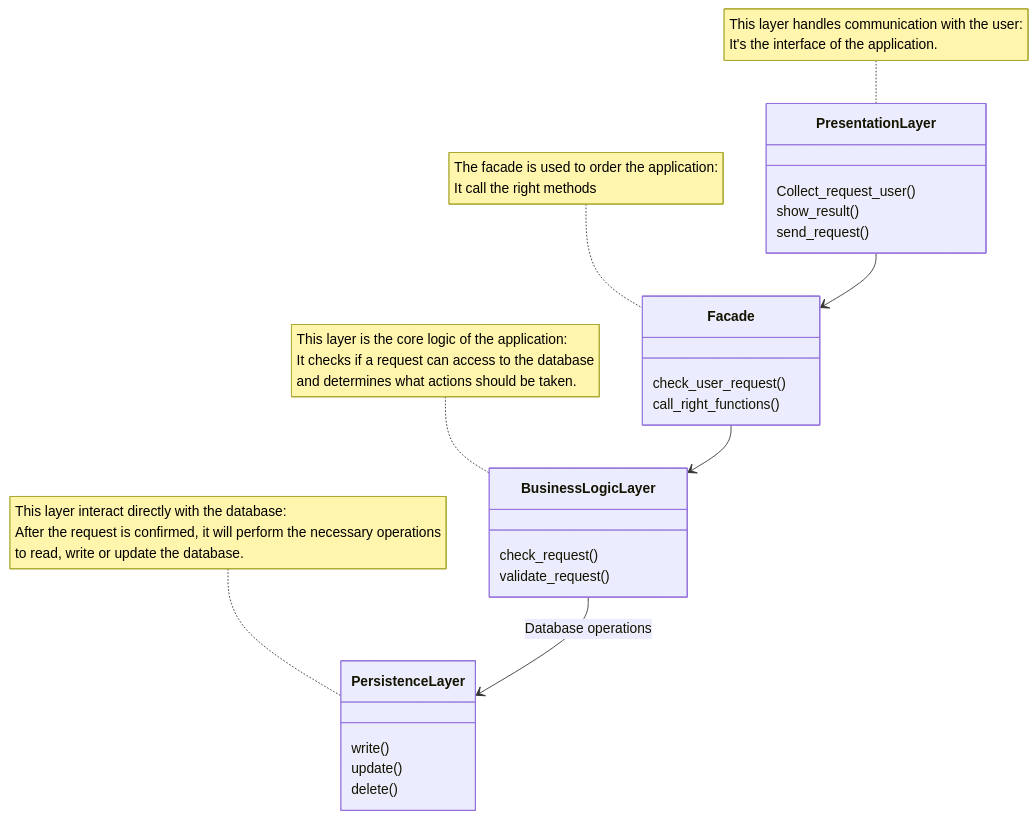
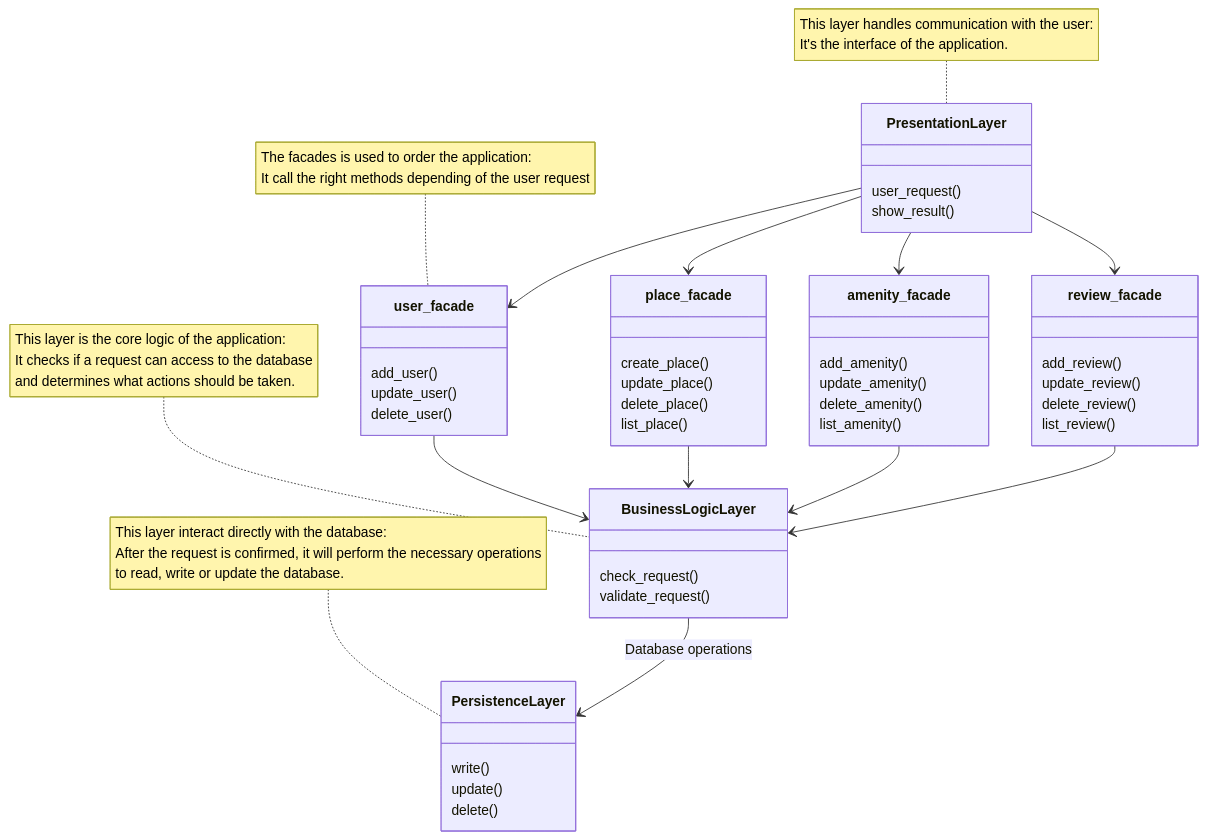
The diagram in part1/High-Level_Package_Diagram.mermaid (EnzoMessaoudi/holbertonschool-hbnb), drawn with Mermaid before and after one commit.

Commit message:
ADD the facades of the requests

```diff
--- a/part1/High-Level_Package_Diagram.mermaid
+++ b/part1/High-Level_Package_Diagram.mermaid
@@ -1,41 +1,65 @@
 classDiagram
 
 class PresentationLayer {
-    Collect_request_user()
+    user_request()
     show_result()
-    send_request()
 }
 
-class Facade {
-    check_user_request()
-    call_right_functions()
+class user_facade {
+    add_user()
+    update_user()
+    delete_user()
+}
+class place_facade{
+    create_place()
+    update_place()
+    delete_place()
+    list_place()
+}
+class review_facade{
+    add_review()
+    update_review()
+    delete_review()
+    list_review()
+}
+class amenity_facade{
+    add_amenity()
+    update_amenity()
+    delete_amenity()
+    list_amenity()
 }
 
 class BusinessLogicLayer {
     check_request()
     validate_request()
 }
 
 class PersistenceLayer {
     write()
     update()
     delete()
 }
 
-PresentationLayer --> Facade
-Facade --> BusinessLogicLayer
+PresentationLayer --> user_facade
+PresentationLayer --> place_facade
+PresentationLayer --> amenity_facade
+PresentationLayer --> review_facade
+user_facade --> BusinessLogicLayer
+place_facade --> BusinessLogicLayer
+amenity_facade --> BusinessLogicLayer
+review_facade --> BusinessLogicLayer
 BusinessLogicLayer --> PersistenceLayer : Database operations
 
 note for PresentationLayer "This layer handles communication with the user:
 It's the interface of the application."
 
 note for BusinessLogicLayer "This layer is the core logic of the application:
     It checks if a request can access to the database
     and determines what actions should be taken."
 
 note for PersistenceLayer "This layer interact directly with the database:
     After the request is confirmed, it will perform the necessary operations
     to read, write or update the database."
 
-note for Facade "The facade is used to order the application:
-It call the right methods"
+note for user_facade "The facades is used to order the application:
+It call the right methods depending of the user request"
```
